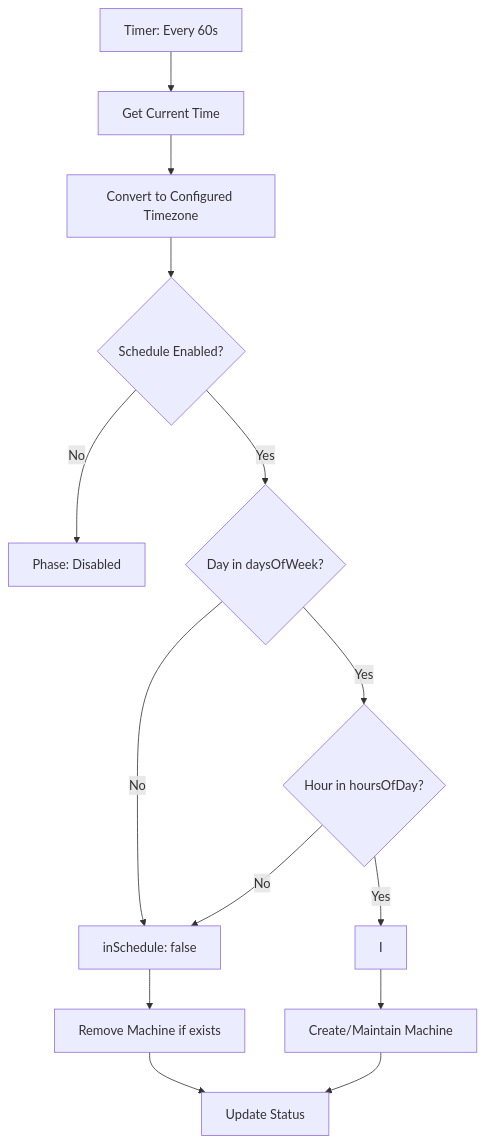
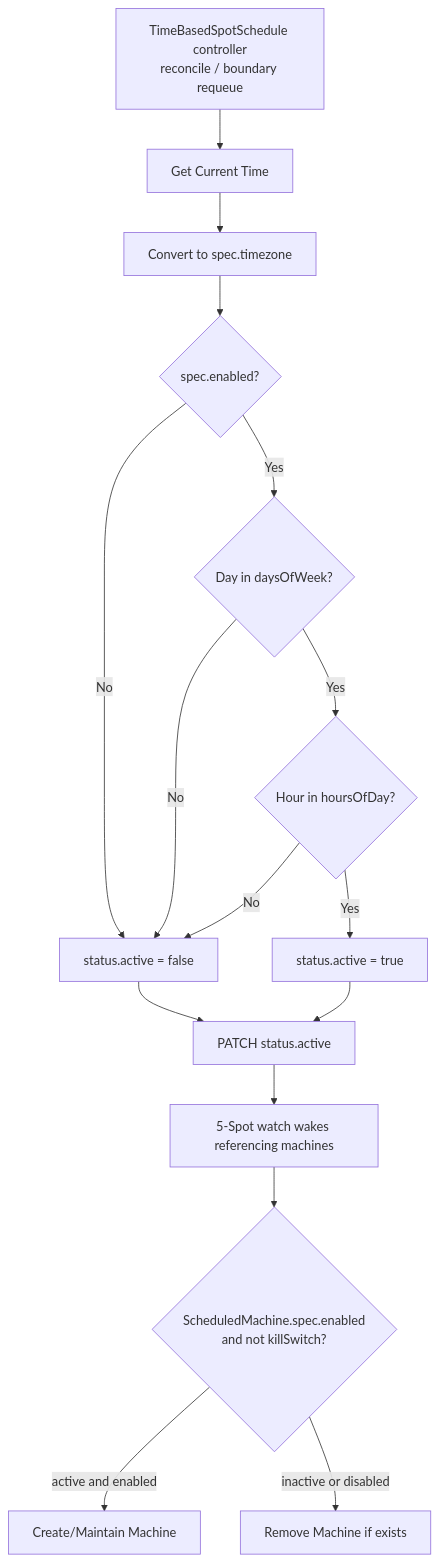
One commit to RBC/finos-5-spot changed the diagram in docs/src/concepts/schedules.md. Above: the diagram before and after it, drawn with Mermaid. The commit also changed other lines of this file and 72 other files, not shown here.

Commit message:
Move to using providers instead of inline time based schdules, this will solidify the provider contract as a first class API (#87)

````diff
--- a/docs/src/concepts/schedules.md
+++ b/docs/src/concepts/schedules.md
@@ -219,16 +261,18 @@
 ```mermaid
 flowchart TD
-    A[Timer: Every 60s] --> B[Get Current Time]
-    B --> C[Convert to Configured Timezone]
-    C --> D{Schedule Enabled?}
-    D -->|No| E[Phase: Disabled]
+    A[TimeBasedSpotSchedule controller<br/>reconcile / boundary requeue] --> B[Get Current Time]
+    B --> C[Convert to spec.timezone]
+    C --> D{spec.enabled?}
+    D -->|No| E[status.active = false]
     D -->|Yes| H{Day in daysOfWeek?}
-    H -->|No| J[inSchedule: false]
+    H -->|No| E
     H -->|Yes| K{Hour in hoursOfDay?}
-    K -->|No| J
-    K -->|Yes| I
-    I --> L[Create/Maintain Machine]
-    J --> M[Remove Machine if exists]
-    L --> N[Update Status]
-    M --> N
+    K -->|No| E
+    K -->|Yes| I[status.active = true]
+    E --> P[PATCH status.active]
+    I --> P
+    P --> W[5-Spot watch wakes referencing machines]
+    W --> X{ScheduledMachine.spec.enabled<br/>and not killSwitch?}
+    X -->|active and enabled| L[Create/Maintain Machine]
+    X -->|inactive or disabled| M[Remove Machine if exists]
 ```
````
